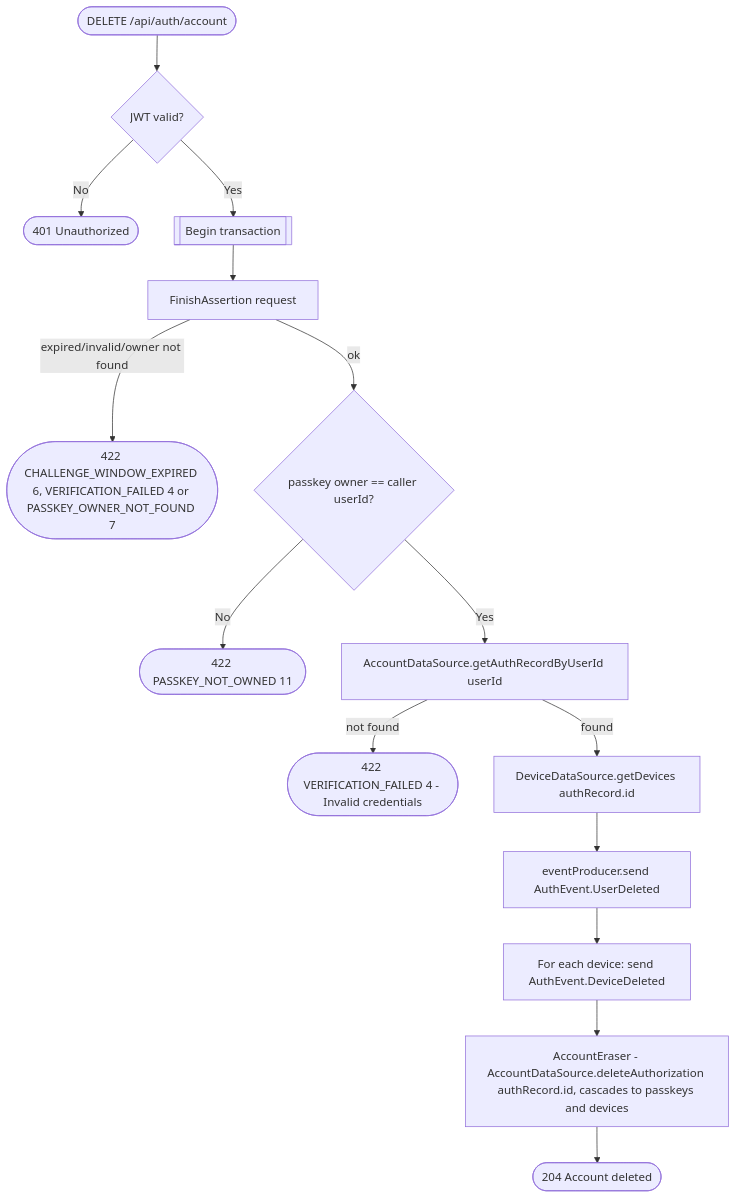
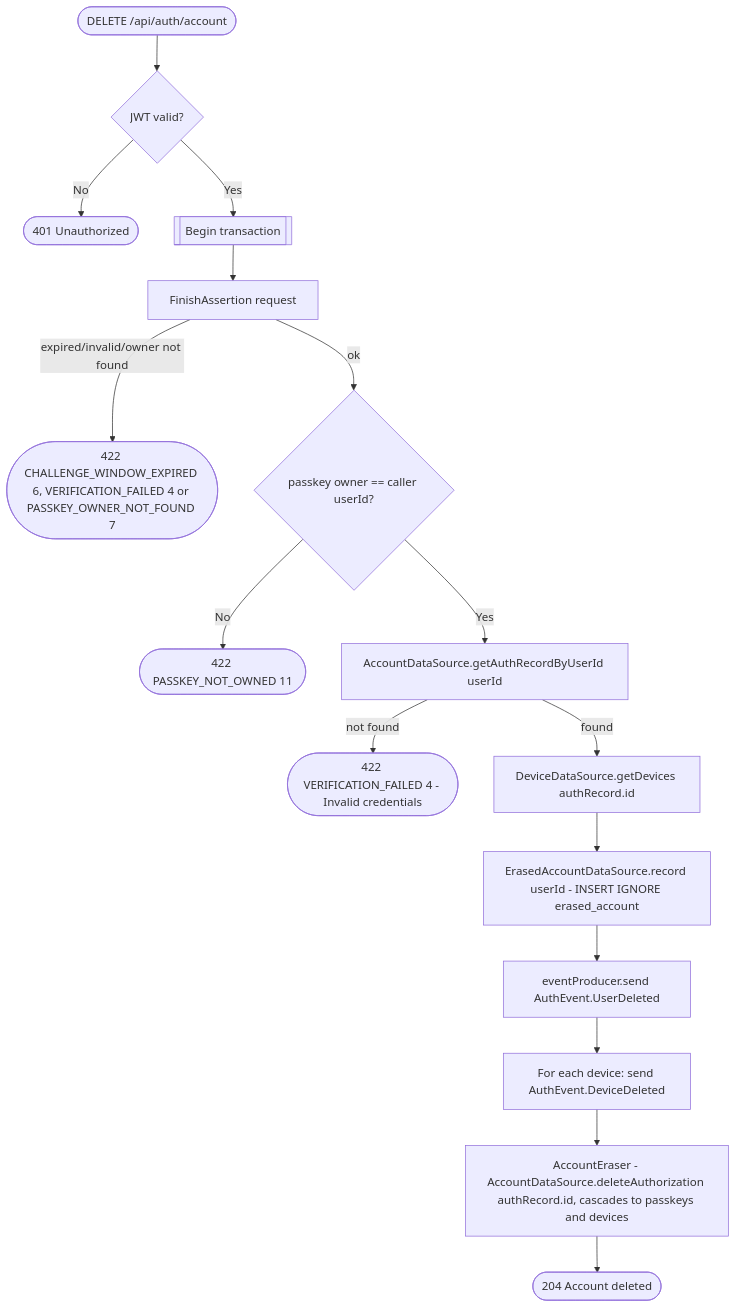
The diagram in docs/operations/authorization/delete-account.md (nocturneproperties/bookkme), drawn with Mermaid before and after one commit. The commit also changed other lines of this file and 62 other files, not shown here.

````diff
--- a/docs/operations/authorization/delete-account.md
+++ b/docs/operations/authorization/delete-account.md
@@ -13,17 +13,18 @@
 ```mermaid
 flowchart TD
     Start([DELETE /api/auth/account]) --> Auth{JWT valid?}
     Auth -- No --> R401([401 Unauthorized])
     Auth -- Yes --> Tx[[Begin transaction]]
     Tx --> Verify[FinishAssertion request]
     Verify -- expired/invalid/owner not found --> R422a([422 CHALLENGE_WINDOW_EXPIRED 6, VERIFICATION_FAILED 4 or PASSKEY_OWNER_NOT_FOUND 7])
     Verify -- ok --> Owner{passkey owner == caller userId?}
     Owner -- No --> R422c([422 PASSKEY_NOT_OWNED 11])
     Owner -- Yes --> GetAuth[AccountDataSource.getAuthRecordByUserId userId]
     GetAuth -- not found --> R422b([422 VERIFICATION_FAILED 4 - Invalid credentials])
     GetAuth -- found --> GetDevices[DeviceDataSource.getDevices authRecord.id]
-    GetDevices --> UserDeletedEvt[eventProducer.send AuthEvent.UserDeleted]
+    GetDevices --> Record["ErasedAccountDataSource.record userId - INSERT IGNORE erased_account"]
+    Record --> UserDeletedEvt[eventProducer.send AuthEvent.UserDeleted]
     UserDeletedEvt --> DeviceLoop[For each device: send AuthEvent.DeviceDeleted]
     DeviceLoop --> DeleteAuth[AccountEraser - AccountDataSource.deleteAuthorization authRecord.id, cascades to passkeys and devices]
     DeleteAuth --> R204([204 Account deleted])
 ```
````
